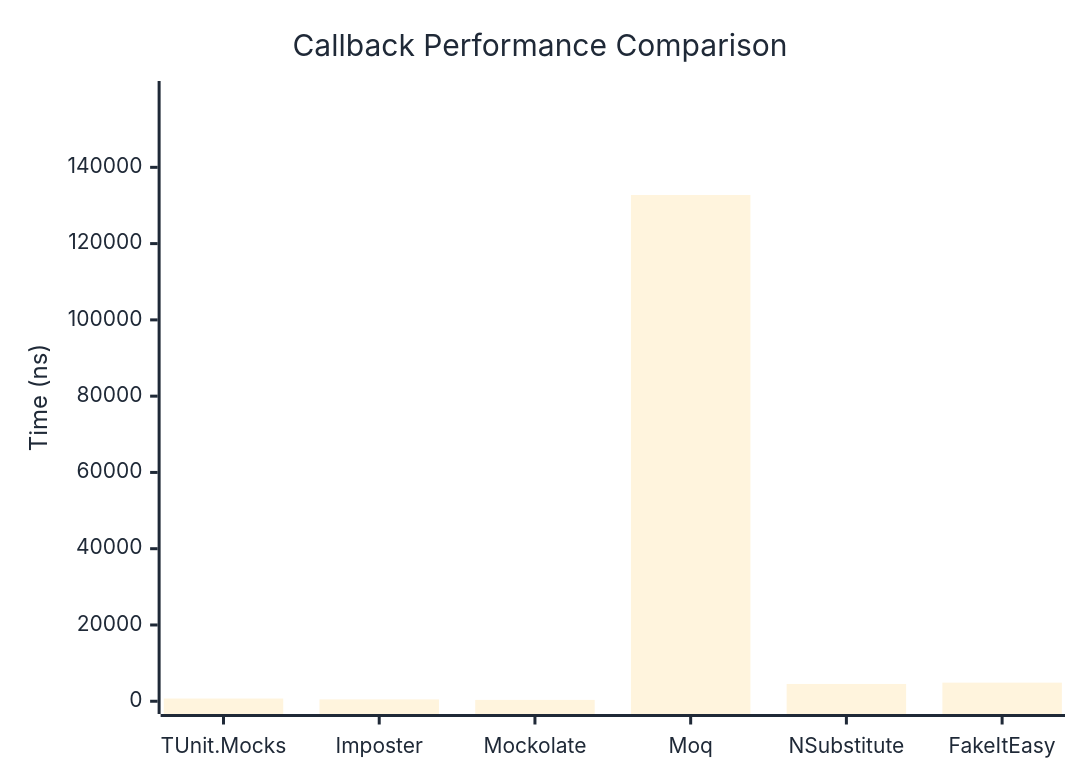
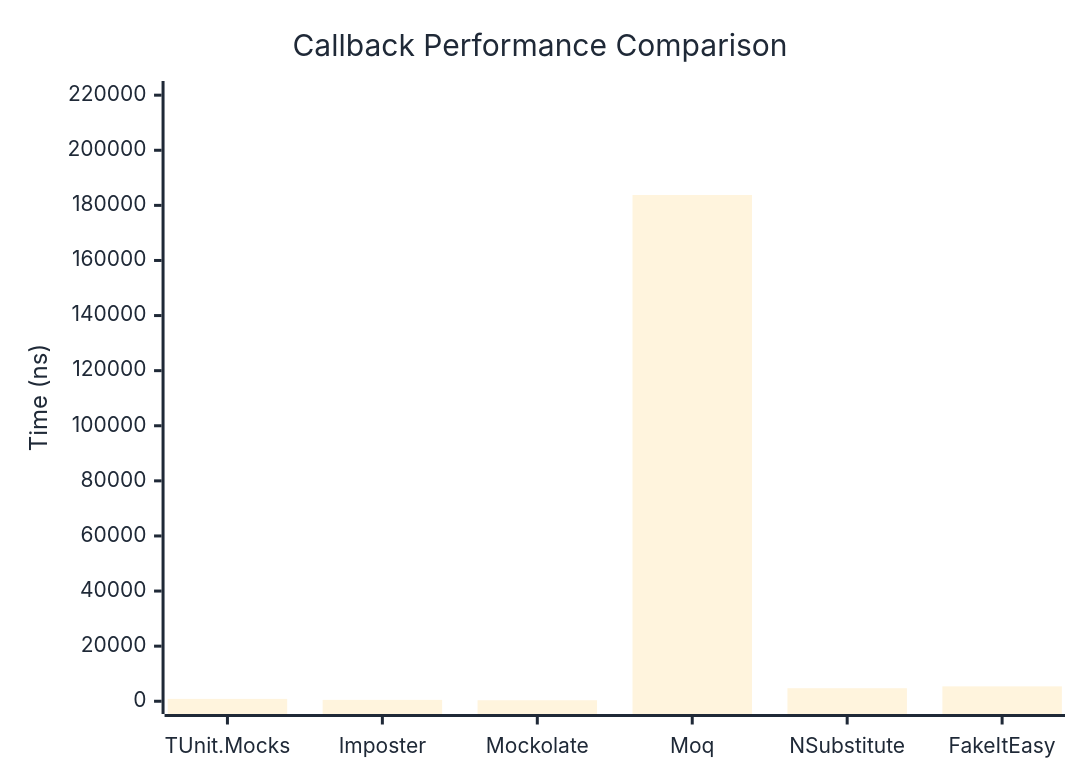
Before and after one commit to thomhurst/TUnit: the first of 2 diagrams in docs/docs/benchmarks/mocks/Callback.md, drawn with Mermaid. The commit also changed other lines of this file and 14 other files, not shown here.

````diff
--- a/docs/docs/benchmarks/mocks/Callback.md
+++ b/docs/docs/benchmarks/mocks/Callback.md
@@ -30,27 +30,27 @@
 ```mermaid
 %%{init: {
   'theme':'base',
   'themeVariables': {
     'primaryColor': '#2563eb',
     'primaryTextColor': '#1f2937',
     'primaryBorderColor': '#1e40af',
     'lineColor': '#6b7280',
     'secondaryColor': '#7c3aed',
     'tertiaryColor': '#dc2626',
     'background': '#ffffff',
     'pie1': '#2563eb',
     'pie2': '#7c3aed',
     'pie3': '#dc2626',
     'pie4': '#f59e0b',
     'pie5': '#10b981',
     'pie6': '#06b6d4',
     'pie7': '#ec4899',
     'pie8': '#6366f1'
   }
 }}%%
 xychart-beta
   title "Callback Performance Comparison"
   x-axis ["TUnit.Mocks", "Imposter", "Mockolate", "Moq", "NSubstitute", "FakeItEasy"]
-  y-axis "Time (ns)" 0 --> 159294
-  bar [712, 490.5, 352.6, 132744.2, 4530, 4881.3]
+  y-axis "Time (ns)" 0 --> 220516
+  bar [848.5, 499.4, 362.5, 183763.3, 4729, 5408.3]
 ```
````
